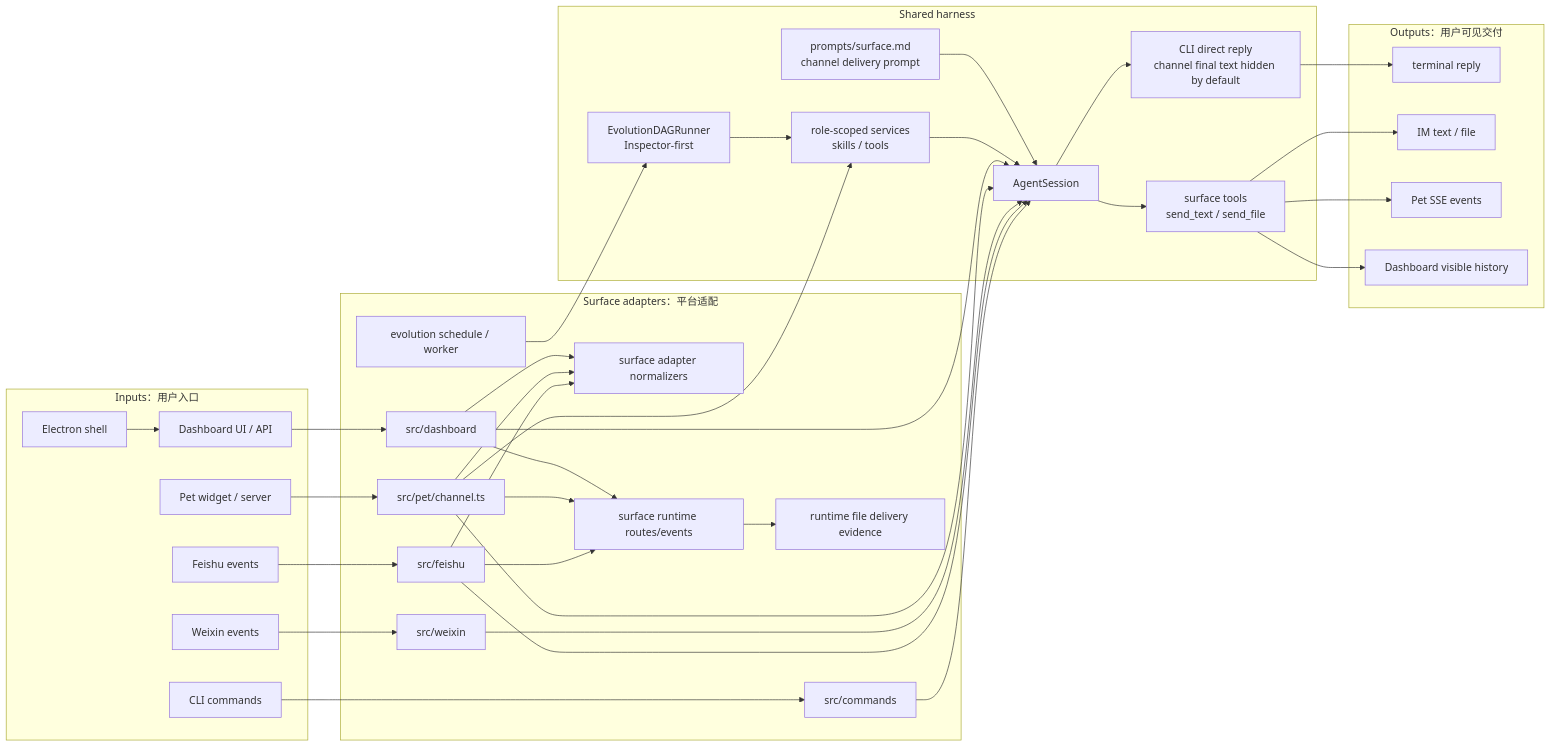
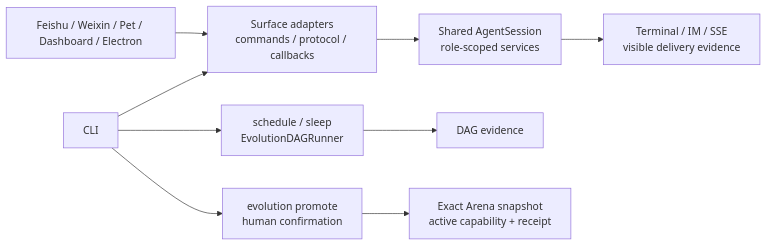
Before and after one commit to fightheyyy/XiaoBa-CLI: the first of 2 diagrams in docs/surface/SPEC.md, drawn with Mermaid. The commit also changed other lines of this file and 39 other files, not shown here.

````diff
--- a/docs/surface/SPEC.md
+++ b/docs/surface/SPEC.md
@@ -41,69 +41,11 @@
 ```mermaid
 flowchart LR
-    subgraph Inputs["Inputs：用户入口"]
-        CLI["CLI commands"]
-        Feishu["Feishu events"]
-        Weixin["Weixin events"]
-        Pet["Pet widget / server"]
-        Dashboard["Dashboard UI / API"]
-        Electron["Electron shell"]
-    end
-
-    subgraph SurfaceAdapters["Surface adapters：平台适配"]
-        Commands["src/commands"]
-        Scheduler["evolution schedule / worker"]
-        FeishuAdapter["src/feishu"]
-        WeixinAdapter["src/weixin"]
-        PetChannel["src/pet/channel.ts"]
-        DashboardServer["src/dashboard"]
-        AdapterContract["surface adapter normalizers"]
-        RuntimeSmoke["surface runtime routes/events"]
-        RuntimeFile["runtime file delivery evidence"]
-    end
-
-    subgraph Harness["Shared harness"]
-        Session["AgentSession"]
-        EvolutionDAG["EvolutionDAGRunner<br/>Inspector-first"]
-        RoleScopedServices["role-scoped services<br/>skills / tools"]
-        SurfacePrompt["prompts/surface.md<br/>channel delivery prompt"]
-        SurfaceTools["surface tools<br/>send_text / send_file"]
-        DirectReply["CLI direct reply<br/>channel final text hidden by default"]
-    end
-
-    subgraph Outputs["Outputs：用户可见交付"]
-        Terminal["terminal reply"]
-        IMReply["IM text / file"]
-        PetSSE["Pet SSE events"]
-        DashboardView["Dashboard visible history"]
-    end
-
-    CLI --> Commands
-    Scheduler --> EvolutionDAG
-    EvolutionDAG --> RoleScopedServices
-    Feishu --> FeishuAdapter
-    Weixin --> WeixinAdapter
-    Pet --> PetChannel
-    Dashboard --> DashboardServer
-    Electron --> Dashboard
-    Commands --> Session
-    FeishuAdapter --> Session
-    WeixinAdapter --> Session
-    PetChannel --> Session
-    DashboardServer --> Session
-    PetChannel --> RoleScopedServices
-    RoleScopedServices --> Session
-    FeishuAdapter --> AdapterContract
-    PetChannel --> AdapterContract
-    DashboardServer --> AdapterContract
-    FeishuAdapter --> RuntimeSmoke
-    PetChannel --> RuntimeSmoke
-    DashboardServer --> RuntimeSmoke
-    RuntimeSmoke --> RuntimeFile
-    SurfacePrompt --> Session
-    Session --> DirectReply
-    Session --> SurfaceTools
-    DirectReply --> Terminal
-    SurfaceTools --> IMReply
-    SurfaceTools --> PetSSE
-    SurfaceTools --> DashboardView
+    CLI["CLI"] --> Adapters["Surface adapters<br/>commands / protocol / callbacks"]
+    Channels["Feishu / Weixin / Pet / Dashboard / Electron"] --> Adapters
+    Adapters --> Session["Shared AgentSession<br/>role-scoped services"]
+    Session --> Delivery["Terminal / IM / SSE<br/>visible delivery evidence"]
+    CLI --> Sleep["schedule / sleep<br/>EvolutionDAGRunner"]
+    Sleep --> Evidence["DAG evidence"]
+    CLI --> Promote["evolution promote<br/>human confirmation"]
+    Promote --> Production["Exact Arena snapshot<br/>active capability + receipt"]
 ```
````
